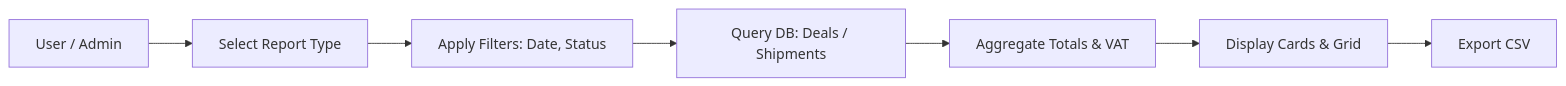
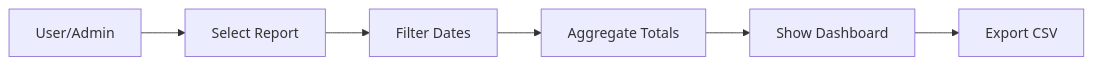
Before and after one commit to mmuaibed/Tadweerah-Hub: the seventh of 12 diagrams in docs/WORKFLOW_ARCHITECTURE.md, drawn with Mermaid. The commit also changed other lines of this file, not shown here.

Commit message:
docs: restructure workflow architecture to separate current vs future scope and add licensed transporter and recycled materials markets

````diff
--- a/docs/WORKFLOW_ARCHITECTURE.md
+++ b/docs/WORKFLOW_ARCHITECTURE.md
@@ -144,9 +250,8 @@
 ```mermaid
 flowchart LR
-    User[User / Admin] --> Select[Select Report Type]
-    Select --> Filter[Apply Filters: Date, Status]
-    Filter --> Query[Query DB: Deals / Shipments]
-    Query --> Agg[Aggregate Totals & VAT]
-    Agg --> UI[Display Cards & Grid]
-    UI --> Export[Export CSV]
+    User[User/Admin] --> Select[Select Report]
+    Select --> Filter[Filter Dates]
+    Filter --> Agg[Aggregate Totals]
+    Agg --> UI[Show Dashboard]
+    UI --> CSV[Export CSV]
 ```
````
